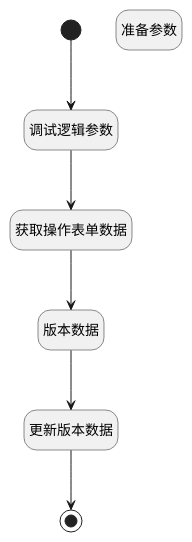
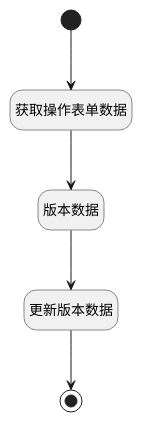
Before and after one commit to iBizLab/plm: the diagram in doc/docsify/module/Wiki/article_page/logic/set_name_version.md, drawn with PlantUML. The commit also changed other lines of this file and 1778 other files, not shown here.

````diff
--- a/doc/docsify/module/Wiki/article_page/logic/set_name_version.md
+++ b/doc/docsify/module/Wiki/article_page/logic/set_name_version.md
@@ -7,28 +7,25 @@
 ```plantuml
 @startuml
 hide empty description
 <style>
 root {
   HyperlinkColor #42b983
 }
 </style>
 
 hide empty description
 state "开始" as Begin <<start>> [[$./set_name_version#begin {"开始"}]]
 state "结束" as END1 <<end>> [[$./set_name_version#end1 {"结束"}]]
-state "调试逻辑参数" as DEBUGPARAM1  [[$./set_name_version#debugparam1 {"调试逻辑参数"}]]
 state "获取操作表单数据" as PREPAREPARAM2  [[$./set_name_version#prepareparam2 {"获取操作表单数据"}]]
 state "版本数据" as PREPAREPARAM3  [[$./set_name_version#prepareparam3 {"版本数据"}]]
 state "更新版本数据" as DEACTION2  [[$./set_name_version#deaction2 {"更新版本数据"}]]
-state "准备参数" as PREPAREPARAM1  [[$./set_name_version#prepareparam1 {"准备参数"}]]
 
 
-Begin --> DEBUGPARAM1
-DEBUGPARAM1 --> PREPAREPARAM2
+Begin --> PREPAREPARAM2
 PREPAREPARAM2 --> PREPAREPARAM3
 PREPAREPARAM3 --> DEACTION2
 DEACTION2 --> END1
 
 
 @enduml
 ```
````
